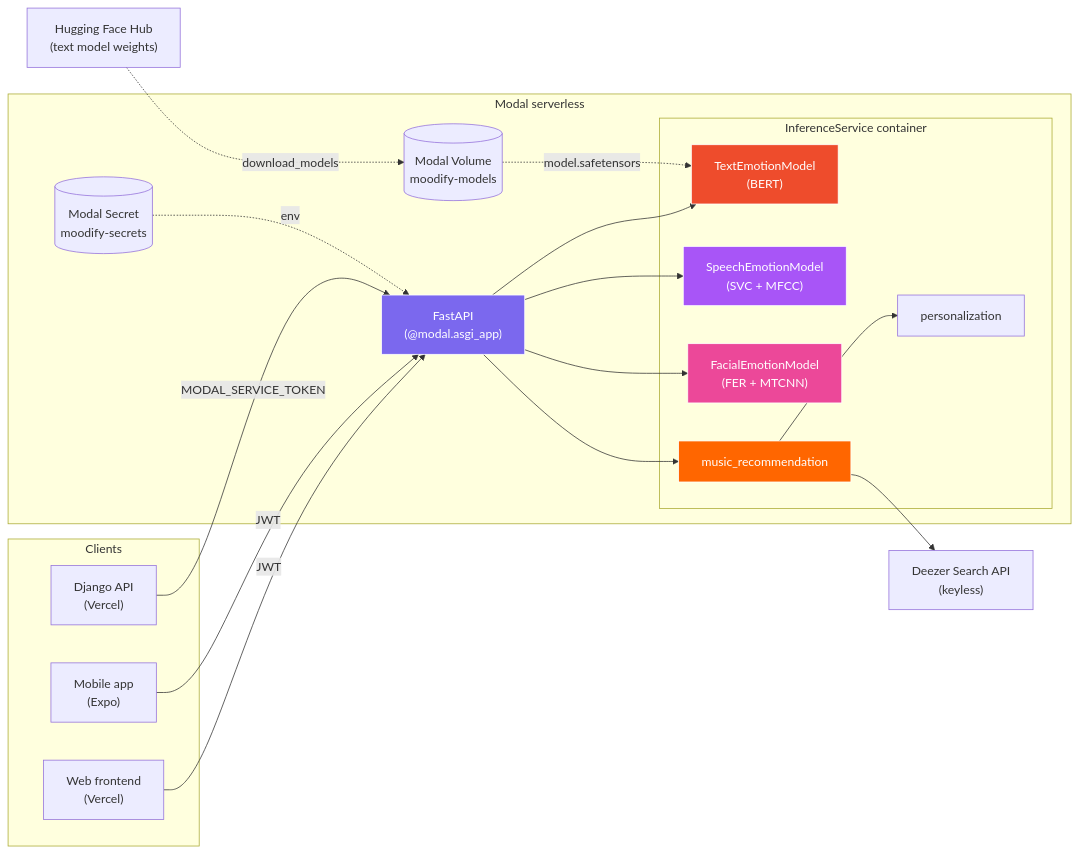
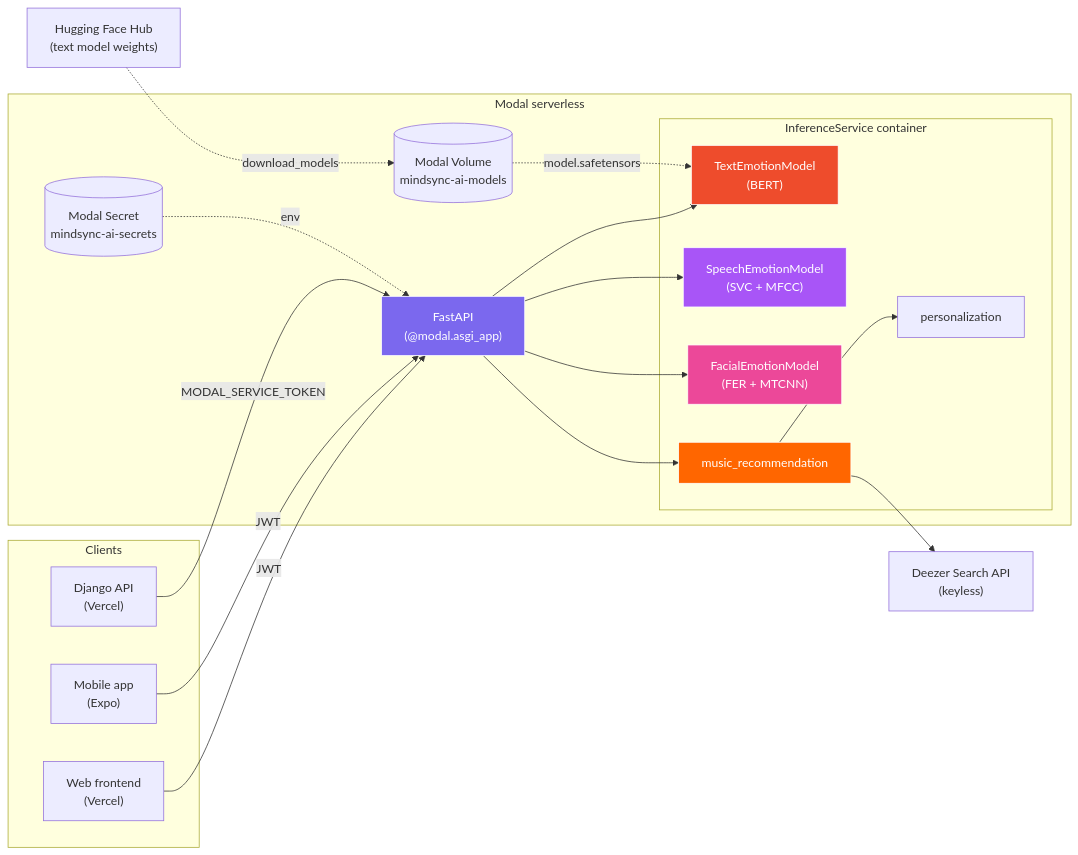
One commit to ayush-py-c/mindsync-ai changed the first of 10 diagrams in modal_inference/README.md. Above: the diagram before and after it, drawn with Mermaid. The commit also changed other lines of this file and 44 other files, not shown here.

````diff
--- a/modal_inference/README.md
+++ b/modal_inference/README.md
@@ -109,41 +109,41 @@
 ```mermaid
 flowchart LR
     subgraph Clients["Clients"]
         Web["Web frontend<br/>(Vercel)"]
         Mobile["Mobile app<br/>(Expo)"]
         Django["Django API<br/>(Vercel)"]
     end
 
     subgraph Modal["Modal serverless"]
         Edge["FastAPI<br/>(@modal.asgi_app)"]
         subgraph Container["InferenceService container"]
             Text["TextEmotionModel<br/>(BERT)"]
             Speech["SpeechEmotionModel<br/>(SVC + MFCC)"]
             Face["FacialEmotionModel<br/>(FER + MTCNN)"]
             Reco["music_recommendation"]
             Pers["personalization"]
         end
-        Vol[("Modal Volume<br/>moodify-models")]
-        Secret[("Modal Secret<br/>moodify-secrets")]
+        Vol[("Modal Volume<br/>mindsync-ai-models")]
+        Secret[("Modal Secret<br/>mindsync-ai-secrets")]
     end
 
     HF["Hugging Face Hub<br/>(text model weights)"]
     Deezer["Deezer Search API<br/>(keyless)"]
 
     Web -->|JWT| Edge
     Mobile -->|JWT| Edge
     Django -->|MODAL_SERVICE_TOKEN| Edge
 
     Edge --> Text & Speech & Face & Reco
     Reco --> Pers
     Reco --> Deezer
     Vol -.->|model.safetensors| Text
     Secret -.->|env| Edge
     HF -.->|download_models| Vol
 
     style Edge fill:#7B68EE,stroke:#fff,color:#fff
     style Reco fill:#FF6600,stroke:#fff,color:#fff
     style Text fill:#EE4C2C,stroke:#fff,color:#fff
     style Speech fill:#a855f7,stroke:#fff,color:#fff
     style Face fill:#ec4899,stroke:#fff,color:#fff
 ```
````
